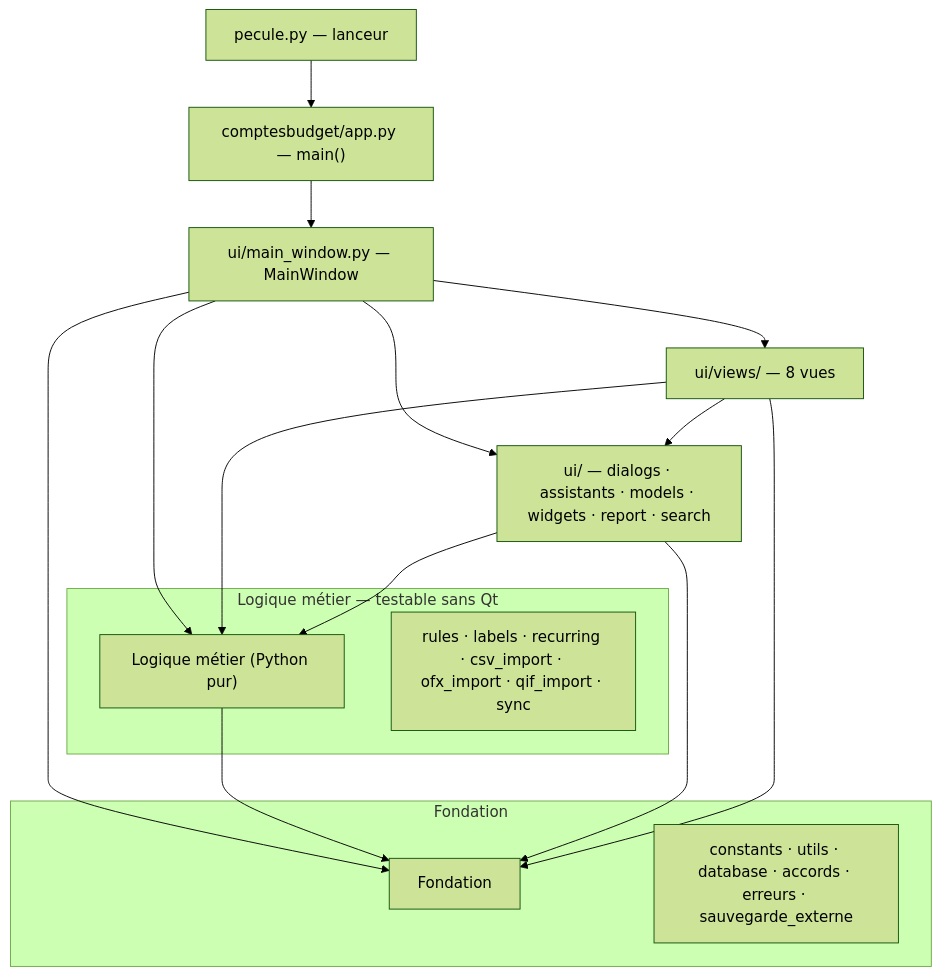
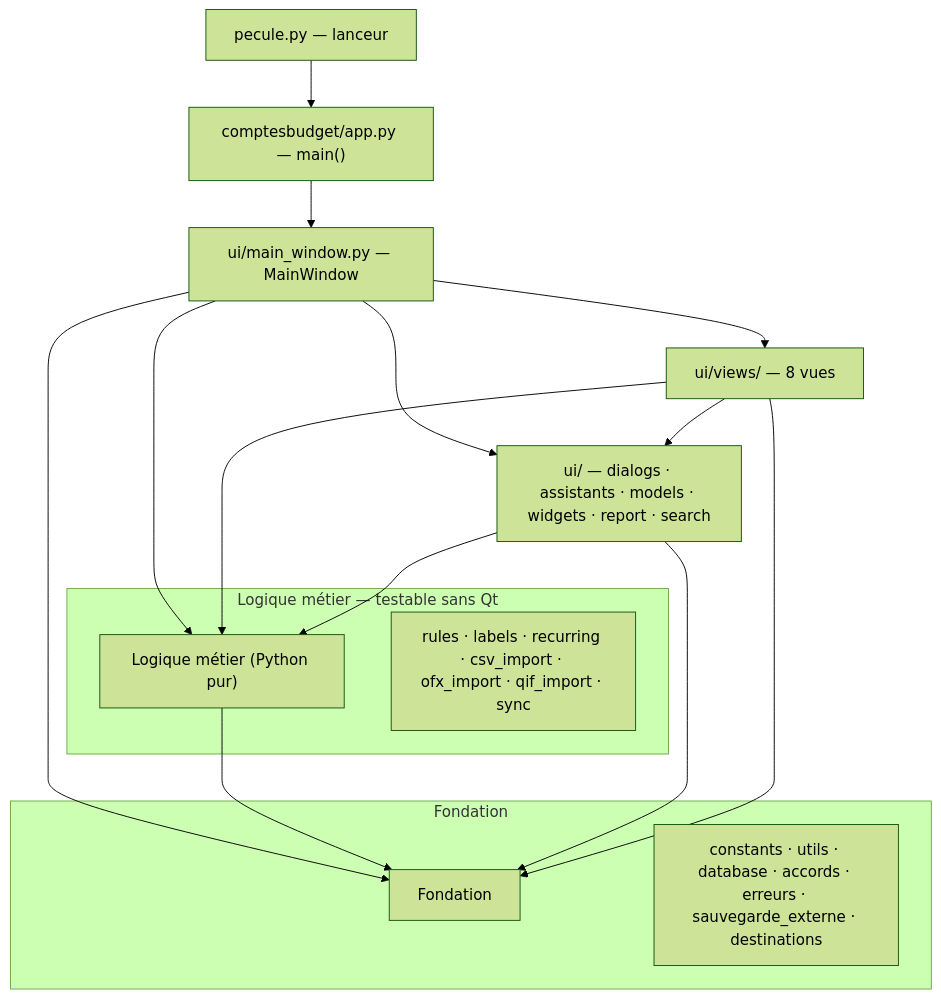
Before and after one commit to andre12230-png/Pecule: the diagram in README.md, drawn with Mermaid (forest theme). The commit also changed other lines of this file, not shown here.

First line of the commit message:
Docs : modules theme, premier_theme et destinations, LCL dans les banques CSV

````diff
--- a/README.md
+++ b/README.md
@@ -361,24 +361,24 @@
 ```mermaid
 flowchart TD
     L["pecule.py — lanceur"] --> APP["comptesbudget/app.py — main()"]
     APP --> MW["ui/main_window.py — MainWindow"]
     MW --> V["ui/views/ — 8 vues"]
     MW --> C["ui/ — dialogs · assistants · models · widgets · report · search"]
     MW --> LOG["Logique métier (Python pur)"]
     MW --> F["Fondation"]
     V --> C
     V --> LOG
     C --> LOG
     LOG --> F
     C --> F
     V --> F
 
     subgraph LOG_G ["Logique métier — testable sans Qt"]
         LOG
         R["rules · labels · recurring · csv_import · ofx_import · qif_import · sync"]
     end
     subgraph F_G ["Fondation"]
         F
-        FF["constants · utils · database · accords · erreurs · sauvegarde_externe"]
+        FF["constants · utils · database · accords · erreurs · sauvegarde_externe · destinations"]
     end
 ```
````
